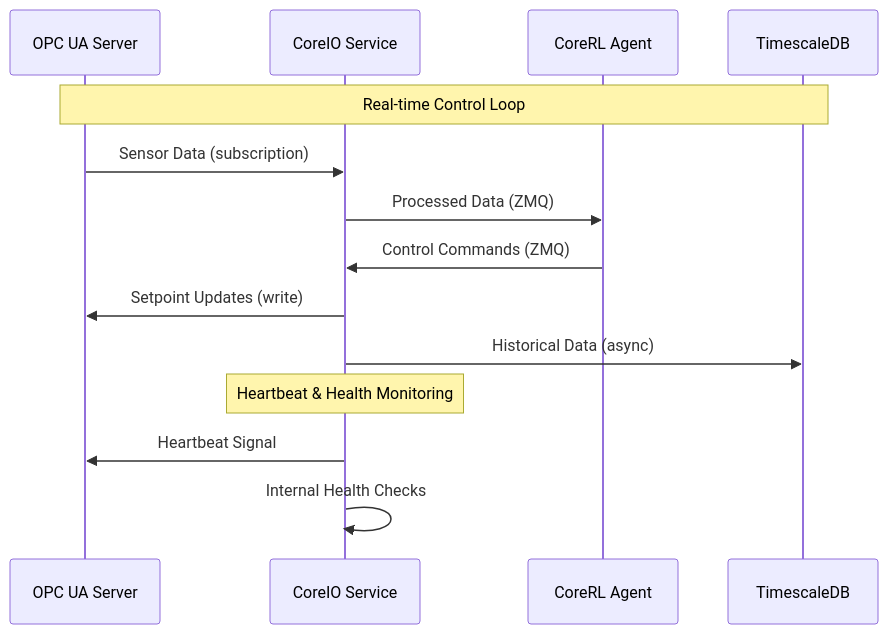
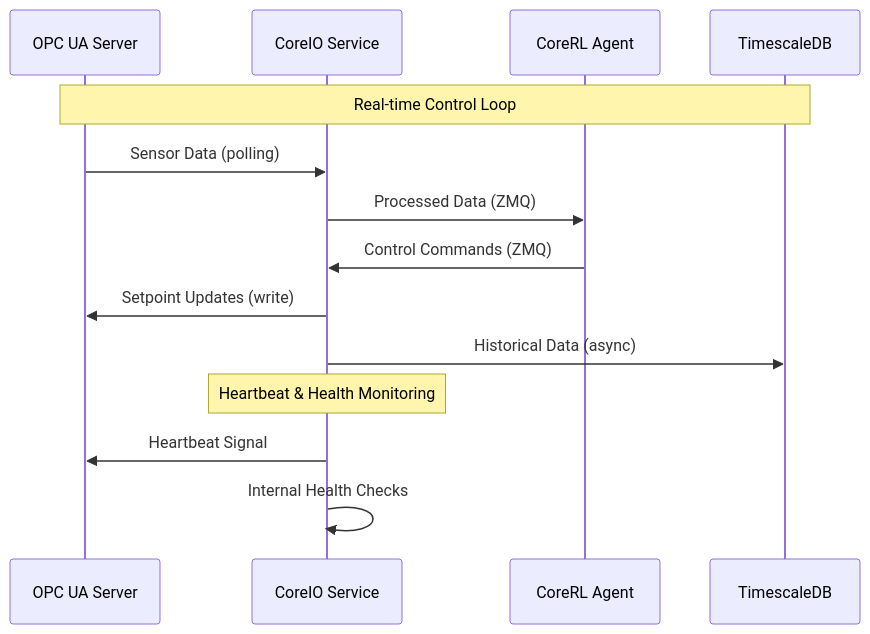
The diagram in docs/tech_spec/coreio.md (danilo-bangitjr-rlcore/cpp-ci-dev), drawn with Mermaid before and after one commit.

Commit message:
docs(tech_spec): correct CoreIO from subscription to polling

````diff
--- a/docs/tech_spec/coreio.md
+++ b/docs/tech_spec/coreio.md
@@ -29,19 +29,19 @@
 ```mermaid
 sequenceDiagram
     participant OPC as OPC UA Server
     participant CoreIO as CoreIO Service
     participant Agent as CoreRL Agent
     participant DB as TimescaleDB
 
     Note over OPC,DB: Real-time Control Loop
 
-    OPC->>CoreIO: Sensor Data (subscription)
+    OPC->>CoreIO: Sensor Data (polling)
     CoreIO->>Agent: Processed Data (ZMQ)
     Agent->>CoreIO: Control Commands (ZMQ)
     CoreIO->>OPC: Setpoint Updates (write)
     CoreIO->>DB: Historical Data (async)
 
     Note over CoreIO: Heartbeat & Health Monitoring
     CoreIO->>OPC: Heartbeat Signal
     CoreIO->>CoreIO: Internal Health Checks
 ```
````
